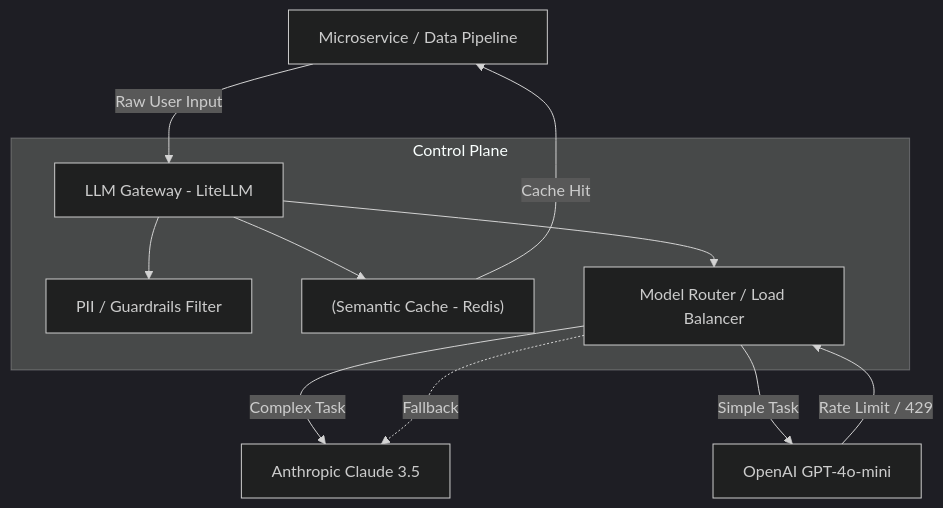
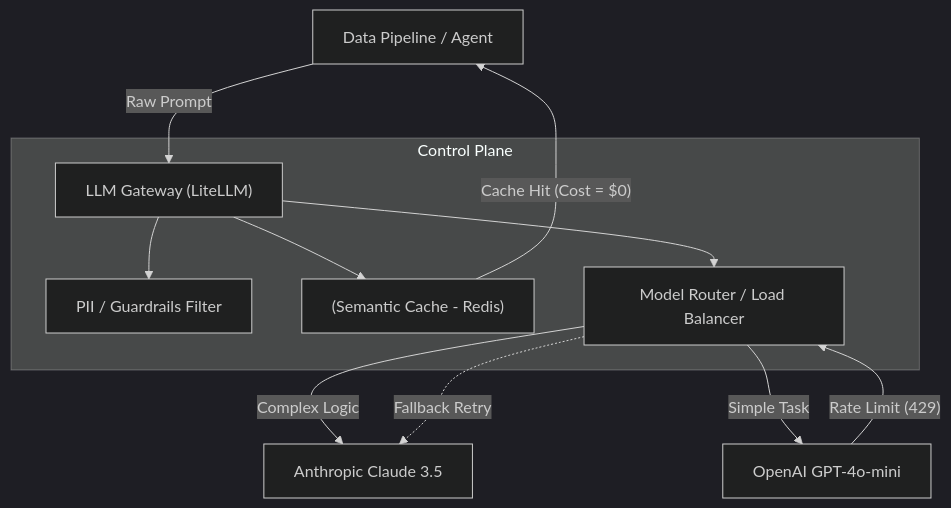
The diagram in src/content/docs/concepts/9-genai-machine-learning/prompt-engineering.md (kythuatdulieu/kythuatdulieu.github.io), drawn with Mermaid (dark theme) before and after one commit. The commit also changed other lines of this file and 228 other files, not shown here.

Commit message:
Fix syntax and rewrite 200+ concepts docs to deep-dive system architecture and add GA4 tracking to quiz app

````diff
--- a/src/content/docs/concepts/9-genai-machine-learning/prompt-engineering.md
+++ b/src/content/docs/concepts/9-genai-machine-learning/prompt-engineering.md
@@ -29,17 +49,17 @@
 ```mermaid
 graph TD
-    Client["Microservice / Data Pipeline"] -->|Raw User Input| Gateway["LLM Gateway - LiteLLM"]
+    Client["Data Pipeline / Agent"] -->|Raw Prompt| Gateway["LLM Gateway (LiteLLM)"]
     
-    subgraph Control Plane
+    subgraph Control_Plane["Control Plane"]
         Gateway --> PII["PII / Guardrails Filter"]
         Gateway --> Cache["(Semantic Cache - Redis)"]
         Gateway --> Router["Model Router / Load Balancer"]
     end
     
-    Router -->|Complex Task| Claude["Anthropic Claude 3.5"]
+    Router -->|Complex Logic| Claude["Anthropic Claude 3.5"]
     Router -->|Simple Task| GPT4Mini["OpenAI GPT-4o-mini"]
     
-    Cache -- Cache Hit --> Client
-    GPT4Mini -- Rate Limit / 429 --> Router
-    Router -.->|Fallback| Claude
+    Cache -- Cache Hit (Cost = $0) --> Client
+    GPT4Mini -- Rate Limit (429) --> Router
+    Router -.->|Fallback Retry| Claude
 ```
````
